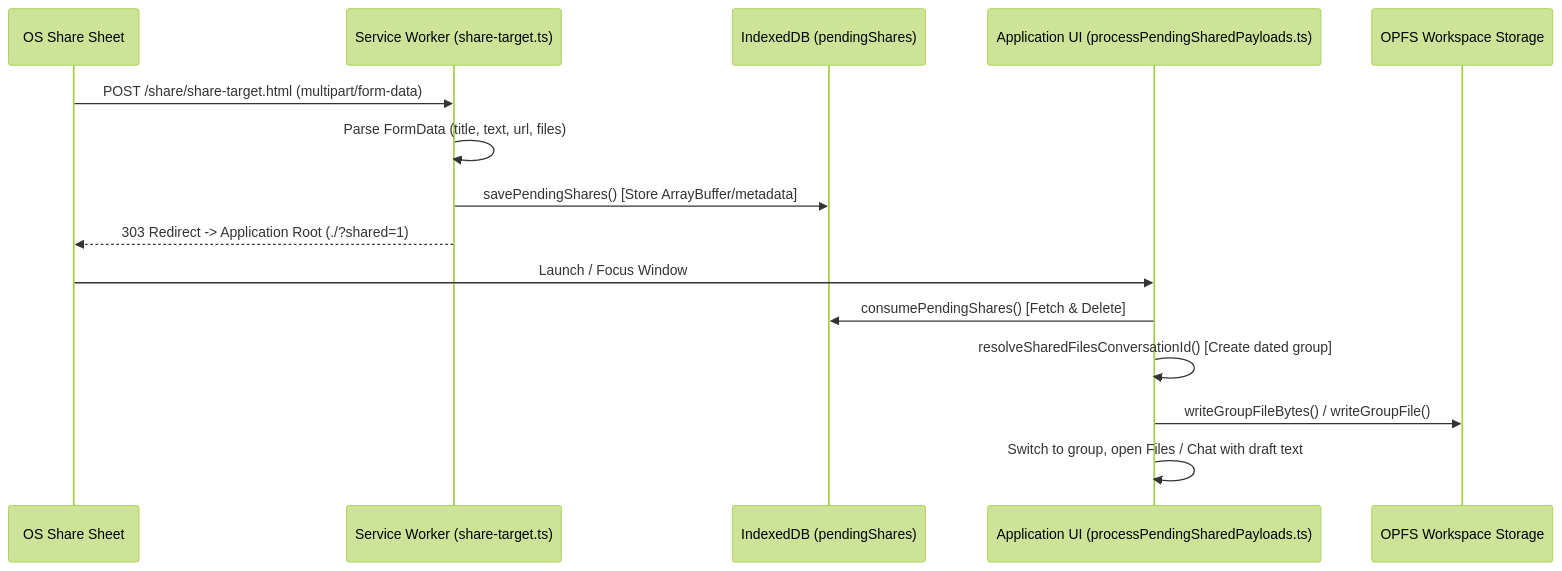
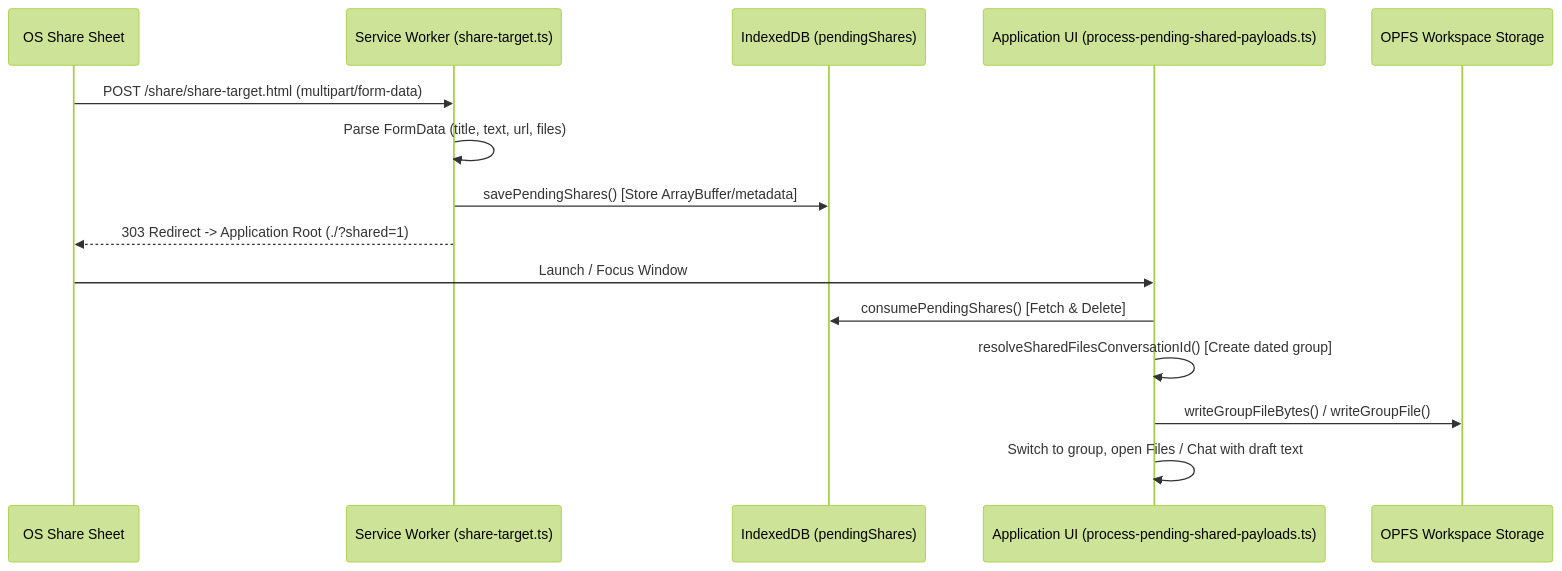
The diagram in docs/subsystems/share-target.md (xt-ml/shadow-claw), drawn with Mermaid (forest theme) before and after one commit. The commit also changed other lines of this file and 1394 other files, not shown here.

````diff
--- a/docs/subsystems/share-target.md
+++ b/docs/subsystems/share-target.md
@@ -17,18 +17,18 @@
 ```mermaid
 sequenceDiagram
   participant OS as OS Share Sheet
   participant SW as Service Worker (share-target.ts)
   participant IDB as IndexedDB (pendingShares)
-  participant App as Application UI (processPendingSharedPayloads.ts)
+  participant App as Application UI (process-pending-shared-payloads.ts)
   participant OPFS as OPFS Workspace Storage
 
   OS->>SW: POST /share/share-target.html (multipart/form-data)
   SW->>SW: Parse FormData (title, text, url, files)
   SW->>IDB: savePendingShares() [Store ArrayBuffer/metadata]
   SW-->>OS: 303 Redirect -> Application Root (./?shared=1)
   OS->>App: Launch / Focus Window
   App->>IDB: consumePendingShares() [Fetch & Delete]
   App->>App: resolveSharedFilesConversationId() [Create dated group]
   App->>OPFS: writeGroupFileBytes() / writeGroupFile()
   App->>App: Switch to group, open Files / Chat with draft text
 ```
````
